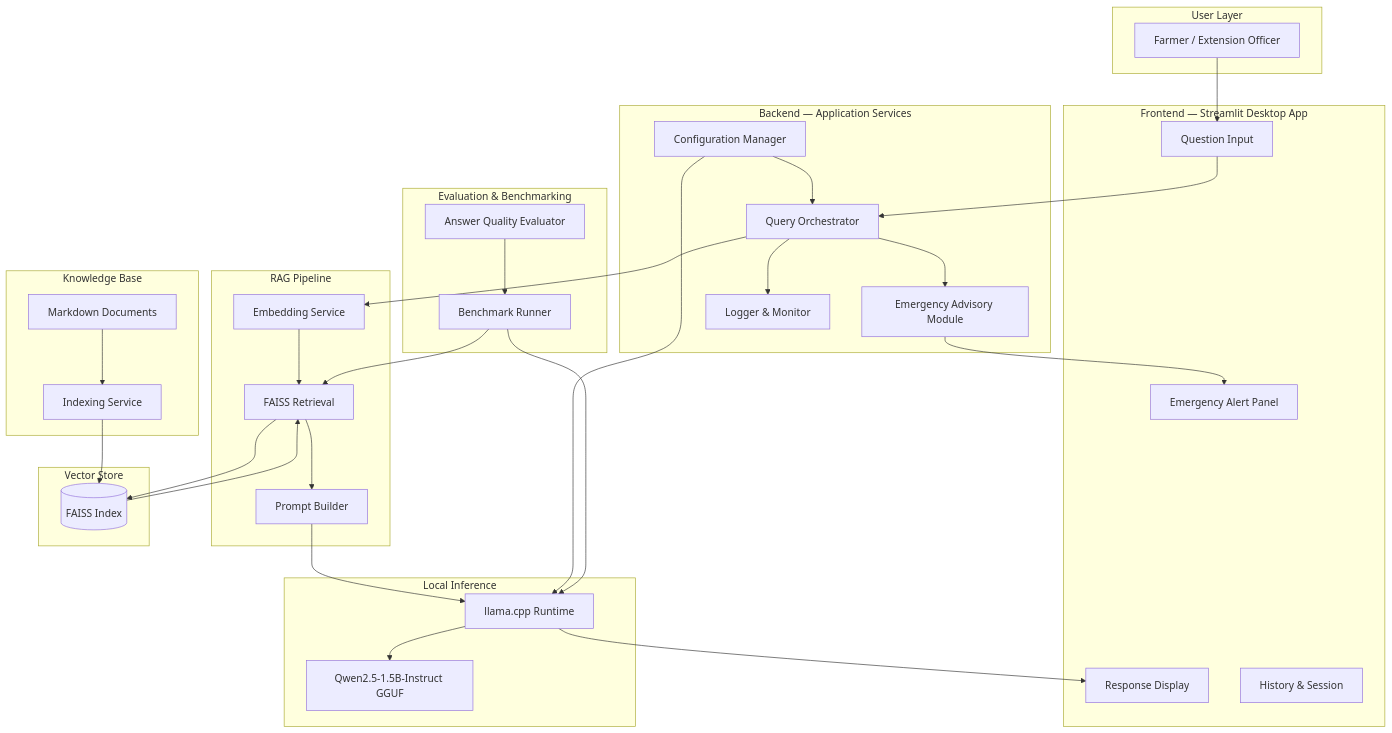
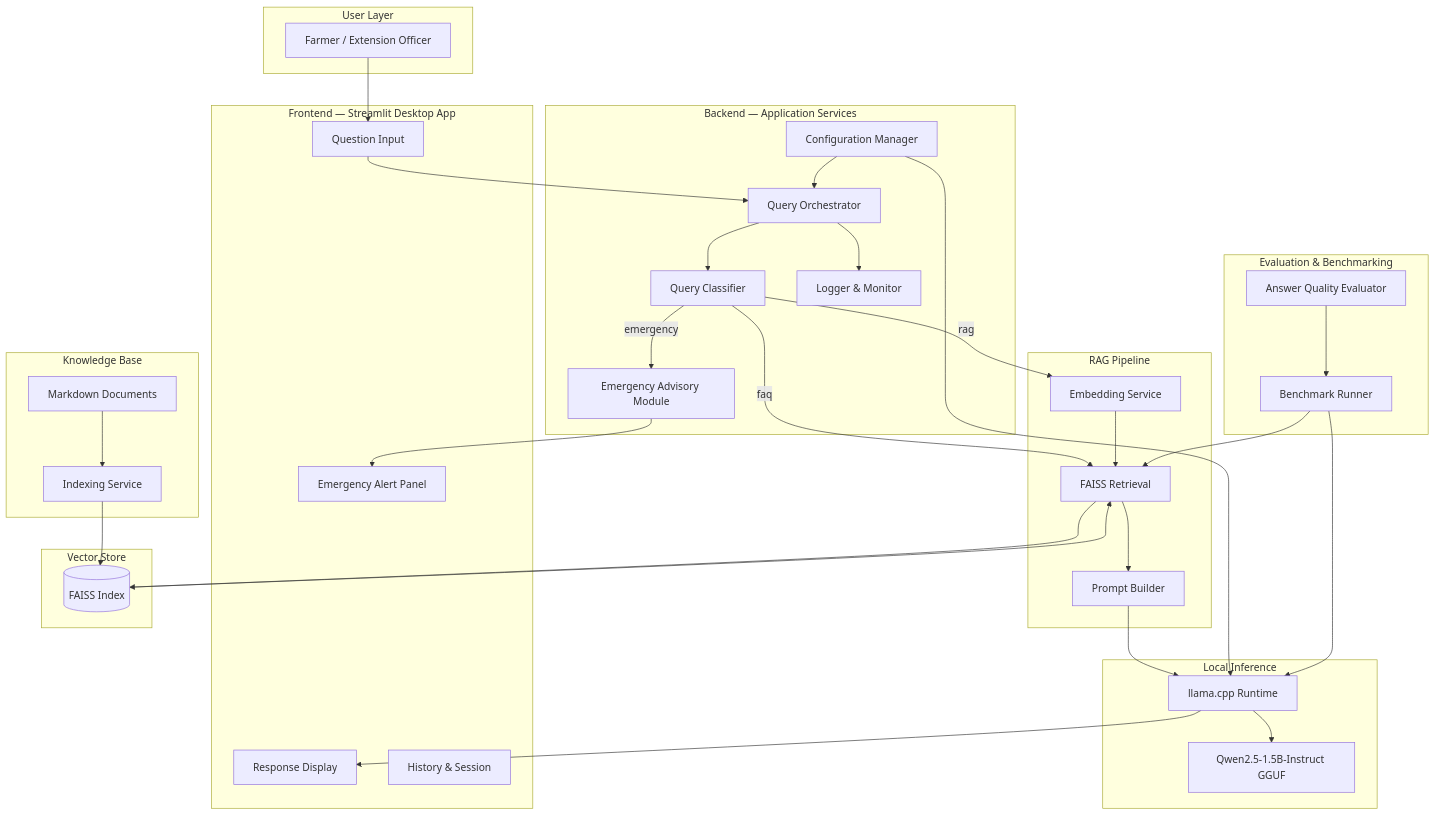
Before and after one commit to zulyadainimuhammad/poultryguard-ai: the diagram in docs/architecture/system_overview.md, drawn with Mermaid. The commit also changed other lines of this file and 10 other files, not shown here.

Commit message:
docs(architecture): refine system design and knowledge base structure

````diff
--- a/docs/architecture/system_overview.md
+++ b/docs/architecture/system_overview.md
@@ -33,66 +34,69 @@
 ```mermaid
 graph TD
     subgraph User["User Layer"]
         U[Farmer / Extension Officer]
     end
 
     subgraph UI["Frontend — Streamlit Desktop App"]
         Q[Question Input]
         R[Response Display]
         E[Emergency Alert Panel]
         H[History & Session]
     end
 
     subgraph Backend["Backend — Application Services"]
         O[Query Orchestrator]
+        QC[Query Classifier]
         EM[Emergency Advisory Module]
         LOG[Logger & Monitor]
         CFG[Configuration Manager]
     end
 
     subgraph RAG["RAG Pipeline"]
         EMB[Embedding Service]
         RET[FAISS Retrieval]
         PB[Prompt Builder]
     end
 
     subgraph KB["Knowledge Base"]
         KBD[Markdown Documents]
         IDX[Indexing Service]
     end
 
     subgraph VS["Vector Store"]
         FAISS[(FAISS Index)]
     end
 
     subgraph LLM["Local Inference"]
         LC[llama.cpp Runtime]
         GGUF[Qwen2.5-1.5B-Instruct GGUF]
     end
 
     subgraph Eval["Evaluation & Benchmarking"]
         BM[Benchmark Runner]
         EV[Answer Quality Evaluator]
     end
 
     U --> Q
     Q --> O
-    O --> EM
-    O --> EMB
+    O --> QC
+    QC -- emergency --> EM
+    QC -- rag --> EMB
+    QC -- faq --> RET
     EMB --> RET
     RET --> FAISS
     FAISS --> RET
     RET --> PB
     KBD --> IDX
     IDX --> FAISS
     PB --> LC
     LC --> GGUF
     LC --> R
     EM --> E
     O --> LOG
     CFG --> O
     CFG --> LC
     BM --> LC
     BM --> RET
     EV --> BM
 ```
````
